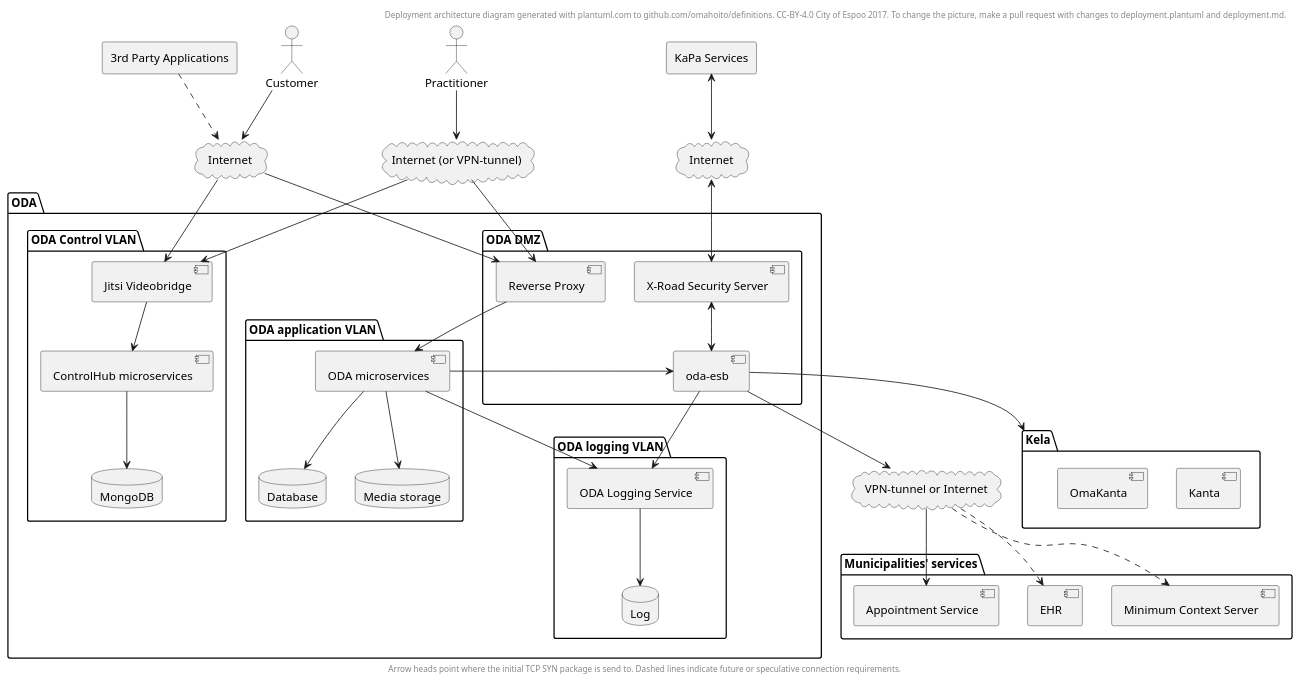
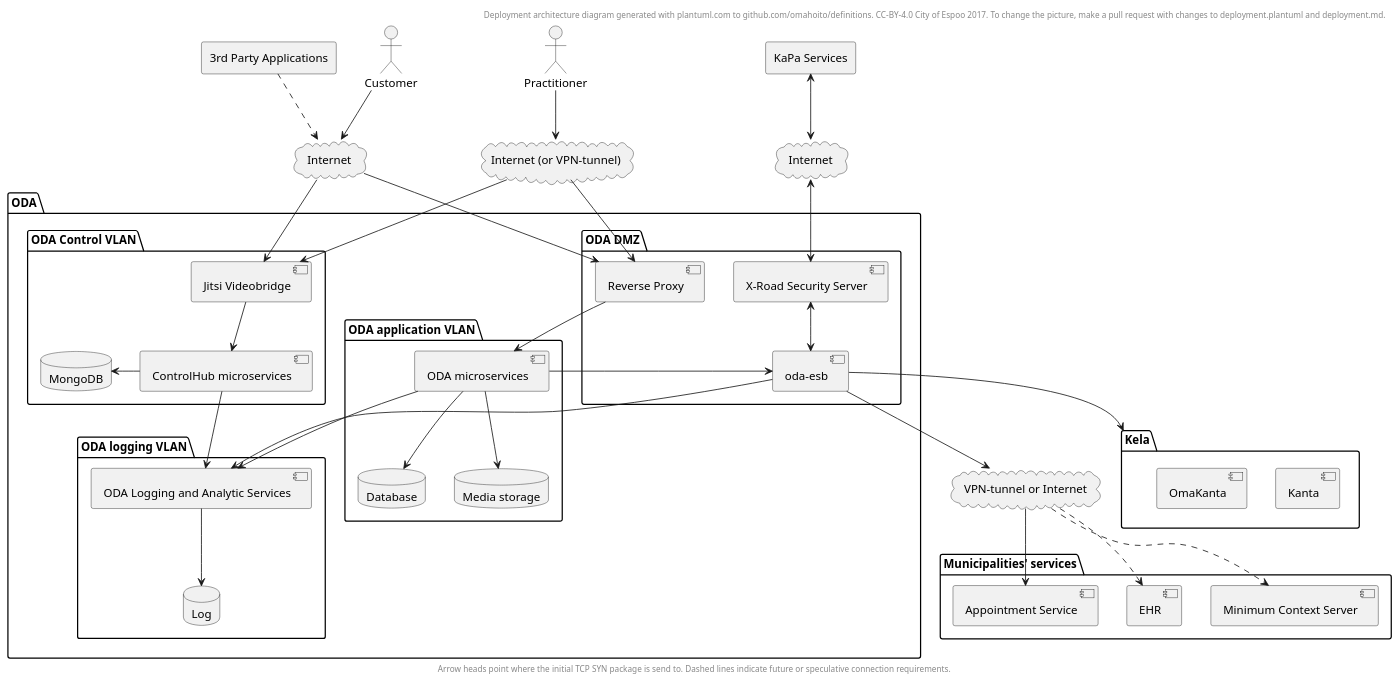
One commit to ruoat/definitions changed the diagram in deployment.plantuml. Above: the diagram before and after it, drawn with PlantUML.

Commit message:
ControlHub connects to Analytics

```diff
--- a/deployment.plantuml
+++ b/deployment.plantuml
@@ -1,91 +1,93 @@
 @startuml
 ' Uncomment to use dark theme:
 ' !includeurl https://raw.githubusercontent.com/omahoito/rfc/master/Styles.iuml
 
 header
 Deployment architecture diagram generated with plantuml.com to github.com/omahoito/definitions. \
 CC-BY-4.0 City of Espoo 2017. \
 To change the picture, make a pull request with changes to deployment.plantuml and deployment.md.
 endheader
 
 footer
 Arrow heads point where the initial TCP SYN package is send to. \
 Dashed lines indicate future or speculative connection requirements.
 endfooter
 
 actor Customer
 actor Practitioner
 agent "KaPa Services" as ks
 agent "3rd Party Applications" as apps
 
 cloud Internet as public
 cloud "Internet (or VPN-tunnel)" as LAN
 cloud Internet as kapa
 
 Customer --> public
 Practitioner --> LAN
 ks <--> kapa
 apps ..> public
 
 folder "Municipalities' services" {
     component "Appointment Service" as appointments
     component "Minimum Context Server" as mctx
     component EHR
 }
 
 folder ODA {
     folder "ODA DMZ" {
         component "X-Road Security Server" as sec
         component "oda-esb" as esb
         component "Reverse Proxy" as gw
 
     }
     folder "ODA application VLAN" {
         component "ODA microservices" as services
         database Database as DB
         database "Media storage" as mediastore
         services --> DB
         services --> mediastore
     }
     folder "ODA Control VLAN" {
         component "Jitsi Videobridge" as jitsi
         component "ControlHub microservices" as control
         jitsi --> control
         database MongoDB
-        control --> MongoDB
+        control -left-> MongoDB
     }
     folder "ODA logging VLAN" {
-        component "ODA Logging Service" as logging
+        component "ODA Logging and Analytic Services" as logging
         database Log
         logging --> Log
     }
 }
+
+control --> logging
 
 folder Kela {
     component Kanta
     component OmaKanta
 }
 
 cloud "VPN-tunnel or Internet" as L2L
 
 public --> gw
 public --> jitsi
 LAN --> gw
 LAN --> jitsi
 
 sec <--> esb
 esb --> L2L
 esb --> logging
 esb --> Kela
 
 L2L --> appointments
 L2L ..> mctx
 L2L ..> EHR
 
 kapa <--> sec
 
 gw --> services
 services --> esb
 services --> logging
 
 @enduml
```
